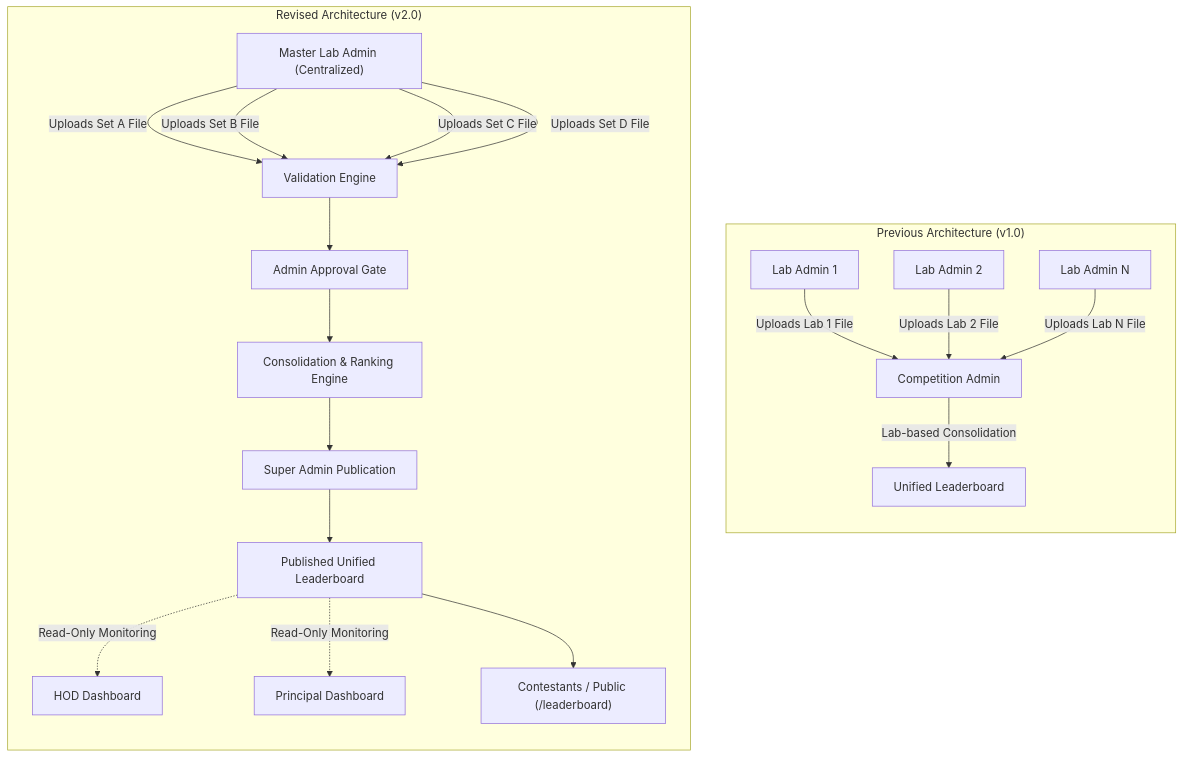
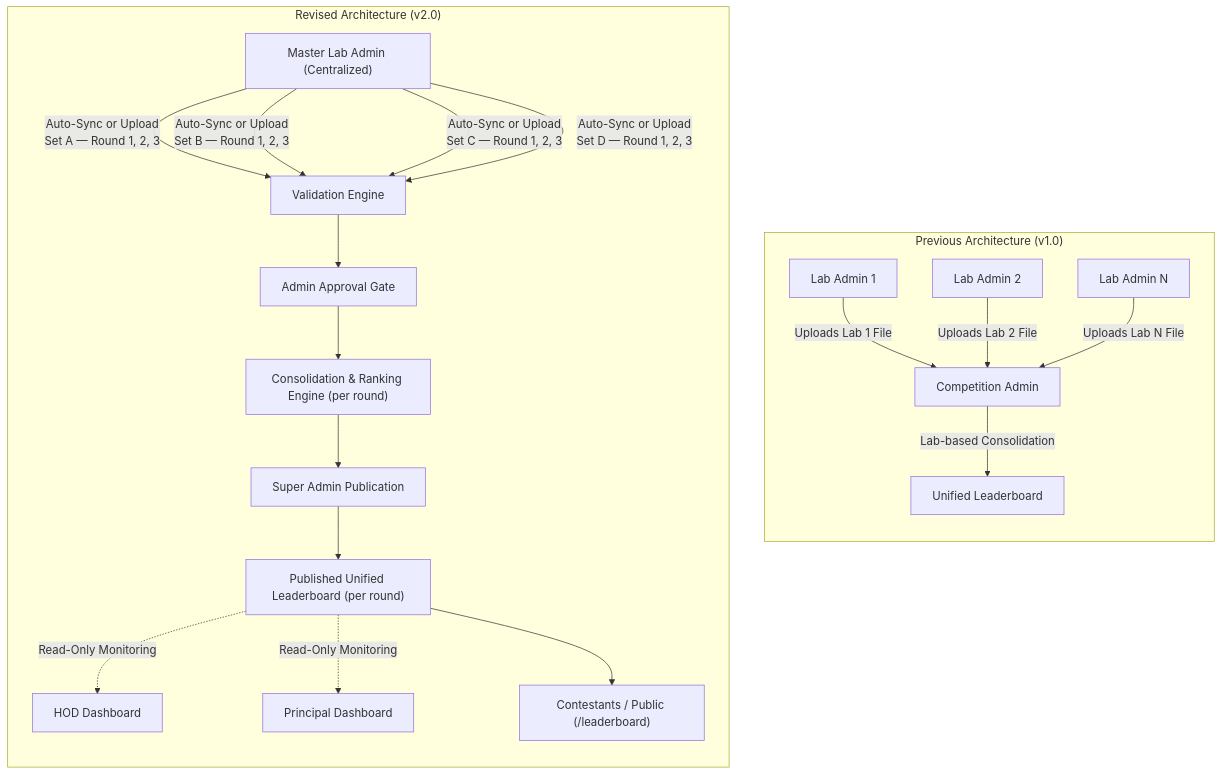
The first of 2 diagrams in docs/project-scope.md (toxicbishop/CodeClash-LeaderBoard), drawn with Mermaid before and after one commit. The commit also changed other lines of this file and 8 other files, not shown here.

First line of the commit message:
Document multi-round leaderboard workflows

````diff
--- a/docs/project-scope.md
+++ b/docs/project-scope.md
@@ -31,26 +36,26 @@
 ```mermaid
 flowchart TD
     subgraph Previous_Architecture["Previous Architecture (v1.0)"]
         direction TB
         LA1["Lab Admin 1"] -->|Uploads Lab 1 File| CA1["Competition Admin"]
         LA2["Lab Admin 2"] -->|Uploads Lab 2 File| CA1
         LAN["Lab Admin N"] -->|Uploads Lab N File| CA1
         CA1 -->|Lab-based Consolidation| LB1["Unified Leaderboard"]
     end
 
     subgraph Revised_Architecture["Revised Architecture (v2.0)"]
         direction TB
         MLA["Master Lab Admin (Centralized)"]
-        MLA -->|Uploads Set A File| ENG["Validation Engine"]
-        MLA -->|Uploads Set B File| ENG
-        MLA -->|Uploads Set C File| ENG
-        MLA -->|Uploads Set D File| ENG
+        MLA -->|"Auto-Sync or Upload\nSet A — Round 1, 2, 3"| ENG["Validation Engine"]
+        MLA -->|"Auto-Sync or Upload\nSet B — Round 1, 2, 3"| ENG
+        MLA -->|"Auto-Sync or Upload\nSet C — Round 1, 2, 3"| ENG
+        MLA -->|"Auto-Sync or Upload\nSet D — Round 1, 2, 3"| ENG
         ENG --> APP["Admin Approval Gate"]
-        APP --> CON["Consolidation & Ranking Engine"]
+        APP --> CON["Consolidation & Ranking Engine (per round)"]
         CON --> SA["Super Admin Publication"]
-        SA --> PUB_LB["Published Unified Leaderboard"]
+        SA --> PUB_LB["Published Unified Leaderboard (per round)"]
         PUB_LB -.->|Read-Only Monitoring| HOD["HOD Dashboard"]
         PUB_LB -.->|Read-Only Monitoring| PRIN["Principal Dashboard"]
         PUB_LB --> CONT["Contestants / Public (/leaderboard)"]
     end
 ```
````
